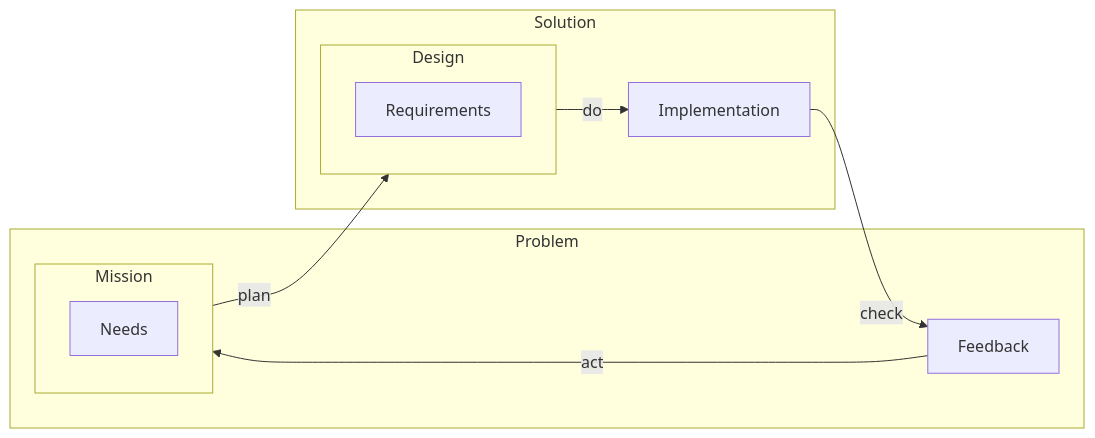
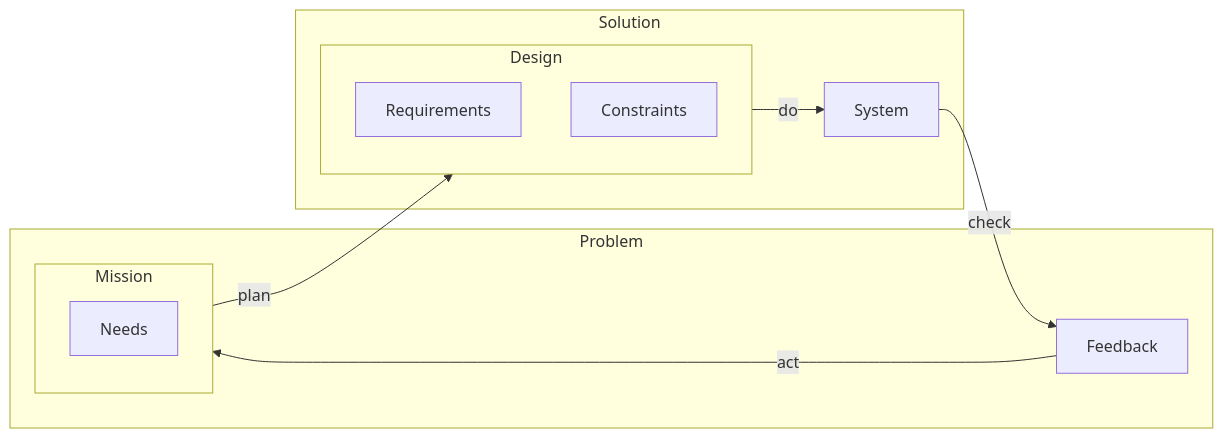
The sixth of 12 diagrams in README.md (firstprinciplesthinking/paper_development_lifecycle), drawn with Mermaid before and after one commit. The commit also changed other lines of this file, not shown here.

````diff
--- a/README.md
+++ b/README.md
@@ -119,21 +146,22 @@
 ```mermaid
    flowchart LR
       subgraph Solution
         subgraph Design
             Requirements
+            Constraints
          end
-         Implementation
+         System
       end
       
       subgraph Problem
+         Feedback
          subgraph Mission
             Needs
          end
-         Feedback
       end
 
       Mission--"plan"-->Design
-      Design--"do"-->Implementation
-      Implementation--"check"-->Feedback
+      Design--"do"-->System
+      System--"check"-->Feedback
       Feedback--"act"-->Mission
 ```
````
